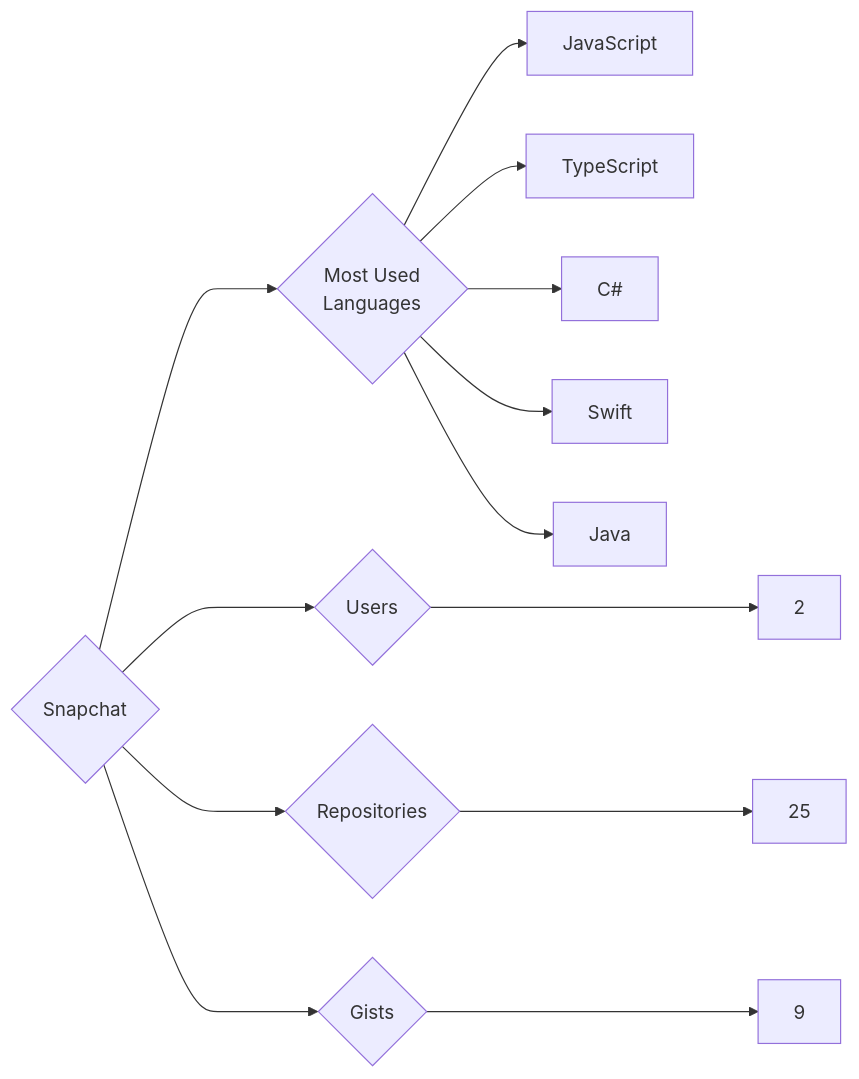
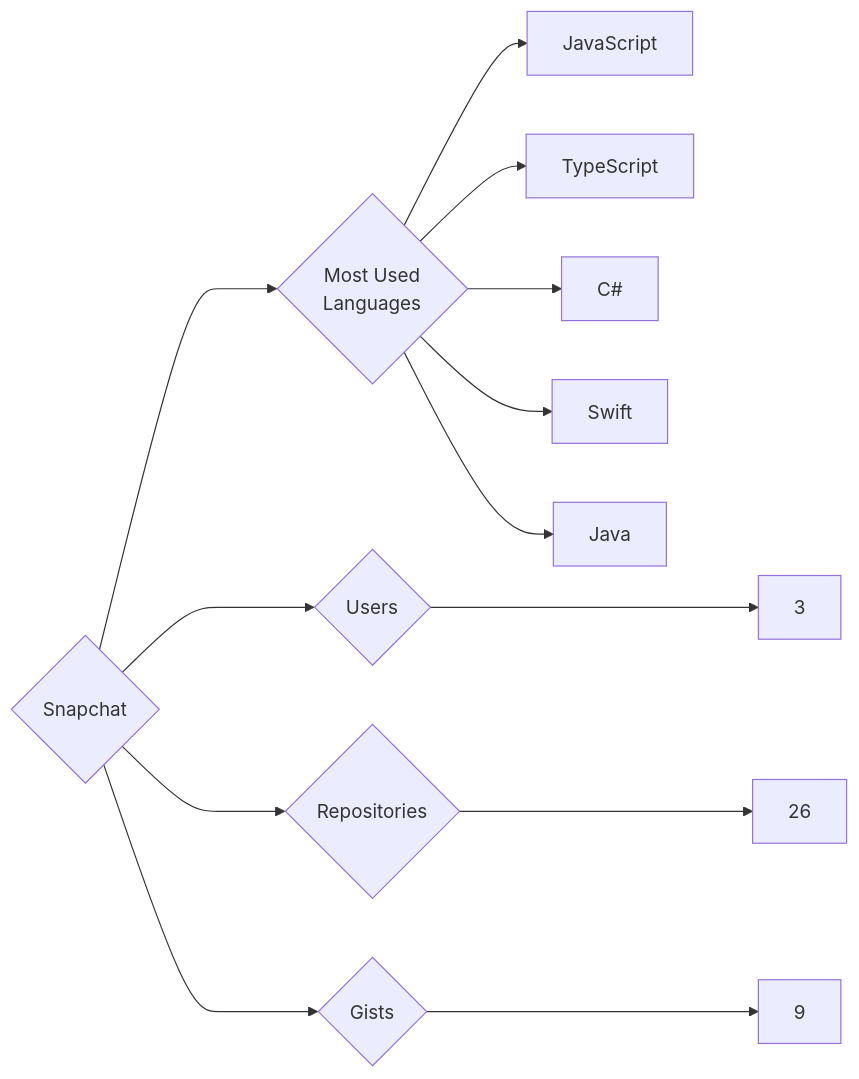
The diagram in targets/Snapchat/README.md (trickest/insiders), drawn with Mermaid before and after one commit. The commit also changed 1011 other files, not shown here.

````diff
--- a/targets/Snapchat/README.md
+++ b/targets/Snapchat/README.md
@@ -3,13 +3,13 @@
 ```mermaid
 graph LR
 COMPANY_NAME{Snapchat}
-COMPANY_NAME ---> U{Users} ---> UN[2]
-COMPANY_NAME ---> R{Repositories} ---> RN[25]
+COMPANY_NAME ---> U{Users} ---> UN[3]
+COMPANY_NAME ---> R{Repositories} ---> RN[26]
 COMPANY_NAME ---> G{Gists} ---> GN[9]
 COMPANY_NAME ---> ML{Most Used<br>Languages}
 ML --> JavaScript[JavaScript]
 ML --> TypeScript[TypeScript]
 ML --> C#[C#]
 ML --> Swift[Swift]
 ML --> Java[Java]
 ```
````
